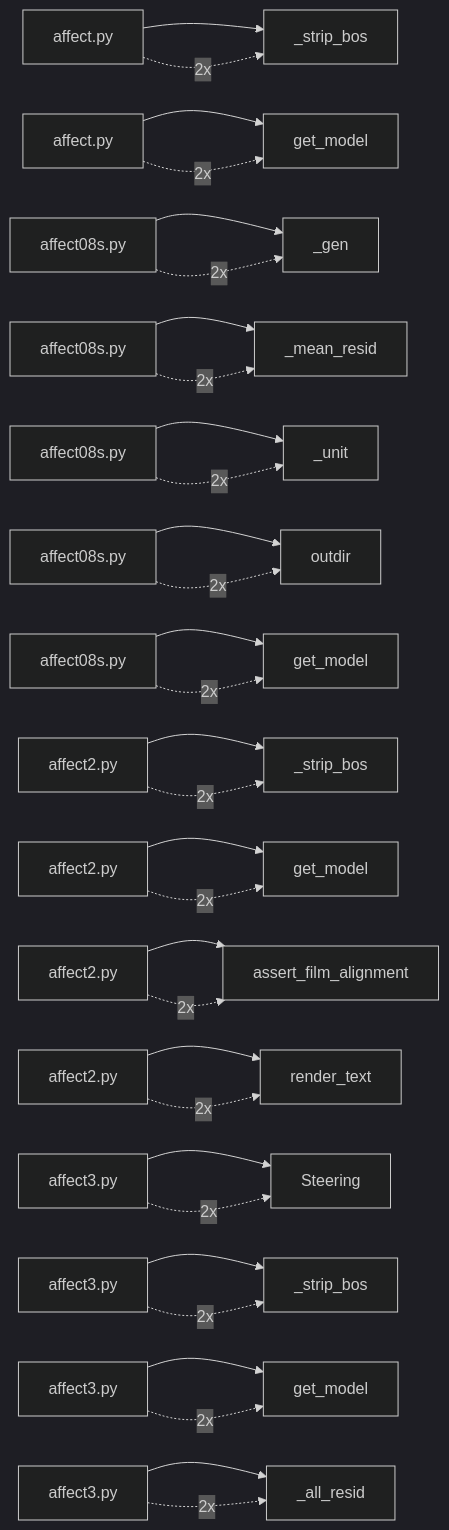
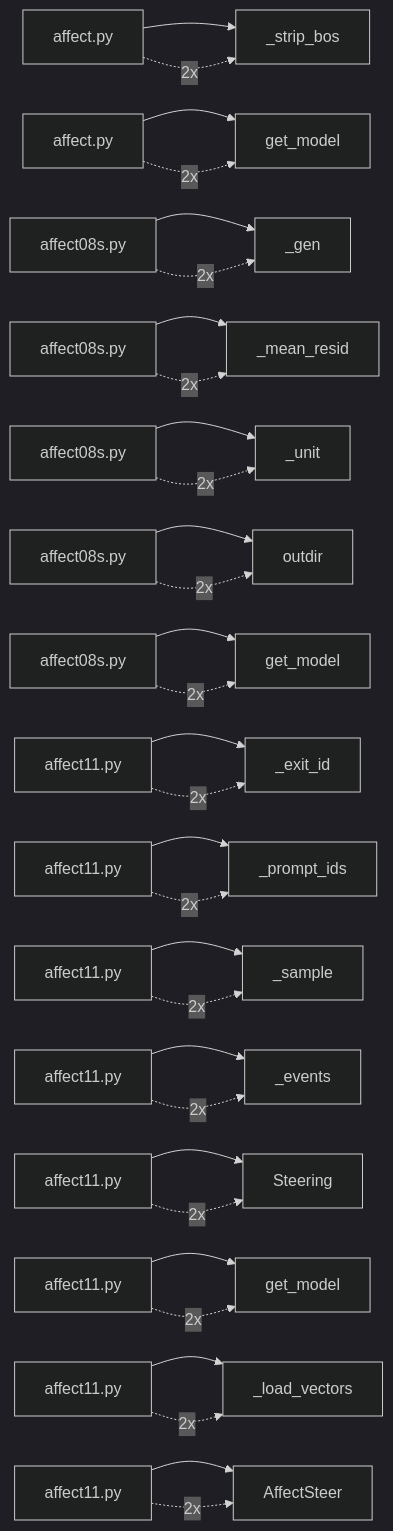
Before and after one commit to wolframs/jspace-probes: the first of 2 diagrams in .mentis/context/dependencies.md, drawn with Mermaid (dark theme). The commit also changed other lines of this file and 60 other files, not shown here.

````diff
--- a/.mentis/context/dependencies.md
+++ b/.mentis/context/dependencies.md
@@ -7,33 +7,33 @@
 ```mermaid
 flowchart LR
   A0["affect.py"] --> B0["_strip_bos"]
   A0 -. 2x .-> B0
   A1["affect.py"] --> B1["get_model"]
   A1 -. 2x .-> B1
   A2["affect08s.py"] --> B2["_gen"]
   A2 -. 2x .-> B2
   A3["affect08s.py"] --> B3["_mean_resid"]
   A3 -. 2x .-> B3
   A4["affect08s.py"] --> B4["_unit"]
   A4 -. 2x .-> B4
   A5["affect08s.py"] --> B5["outdir"]
   A5 -. 2x .-> B5
   A6["affect08s.py"] --> B6["get_model"]
   A6 -. 2x .-> B6
-  A7["affect2.py"] --> B7["_strip_bos"]
+  A7["affect11.py"] --> B7["_exit_id"]
   A7 -. 2x .-> B7
-  A8["affect2.py"] --> B8["get_model"]
+  A8["affect11.py"] --> B8["_prompt_ids"]
   A8 -. 2x .-> B8
-  A9["affect2.py"] --> B9["assert_film_alignment"]
+  A9["affect11.py"] --> B9["_sample"]
   A9 -. 2x .-> B9
-  A10["affect2.py"] --> B10["render_text"]
+  A10["affect11.py"] --> B10["_events"]
   A10 -. 2x .-> B10
-  A11["affect3.py"] --> B11["Steering"]
+  A11["affect11.py"] --> B11["Steering"]
   A11 -. 2x .-> B11
-  A12["affect3.py"] --> B12["_strip_bos"]
+  A12["affect11.py"] --> B12["get_model"]
   A12 -. 2x .-> B12
-  A13["affect3.py"] --> B13["get_model"]
+  A13["affect11.py"] --> B13["_load_vectors"]
   A13 -. 2x .-> B13
-  A14["affect3.py"] --> B14["_all_resid"]
+  A14["affect11.py"] --> B14["AffectSteer"]
   A14 -. 2x .-> B14
 ```
````
